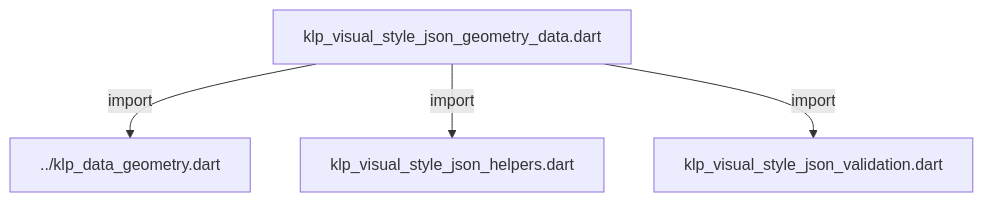
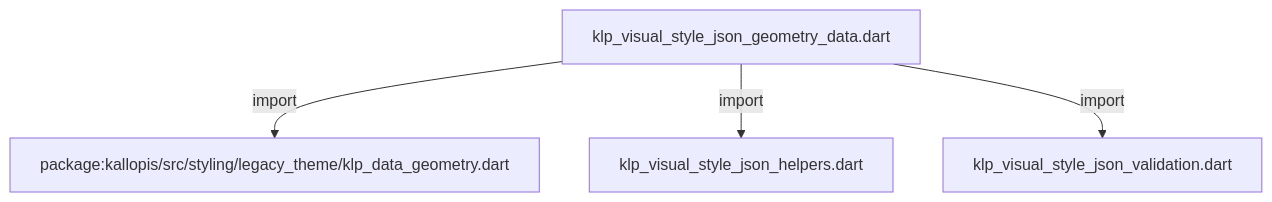
One commit to MiuDog/Kallopis changed the diagram in docs/architecture/src/styling/legacy_theme/internal/klp_visual_style_json_geometry_data.md. Above: the diagram before and after it, drawn with Mermaid. The commit also changed other lines of this file and 9688 other files, not shown here.

Commit message:
Prepare isolated Flow F2 peer baseline

````diff
--- a/docs/architecture/src/styling/legacy_theme/internal/klp_visual_style_json_geometry_data.md
+++ b/docs/architecture/src/styling/legacy_theme/internal/klp_visual_style_json_geometry_data.md
@@ -11,10 +11,10 @@
 ```mermaid
 flowchart TD
 	n0["klp_visual_style_json_geometry_data.dart"]
-	n1["../klp_data_geometry.dart"]
+	n1["package:kallopis/src/styling/legacy_theme/klp_data_geometry.dart"]
 	n2["klp_visual_style_json_helpers.dart"]
 	n3["klp_visual_style_json_validation.dart"]
 	n0 -->|"import"| n1
 	n0 -->|"import"| n2
 	n0 -->|"import"| n3
 ```
````
